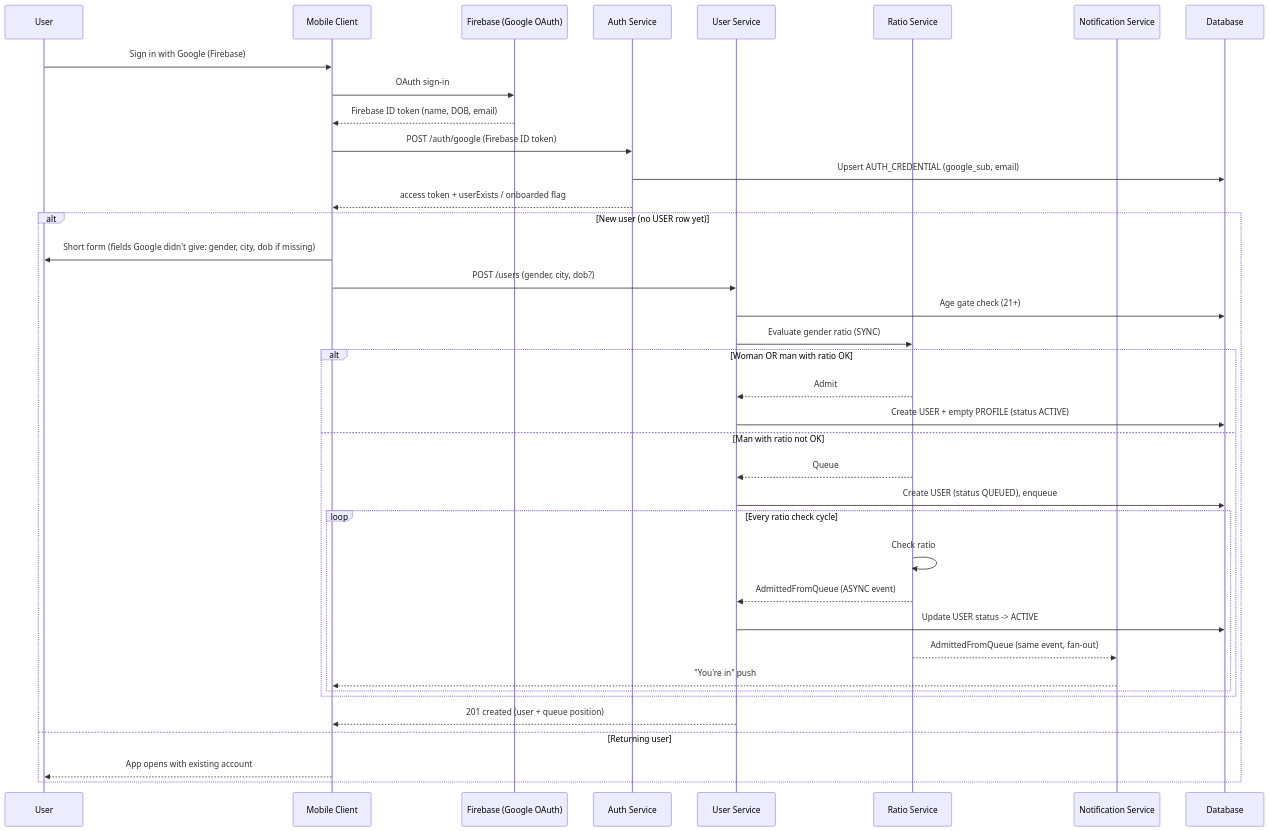
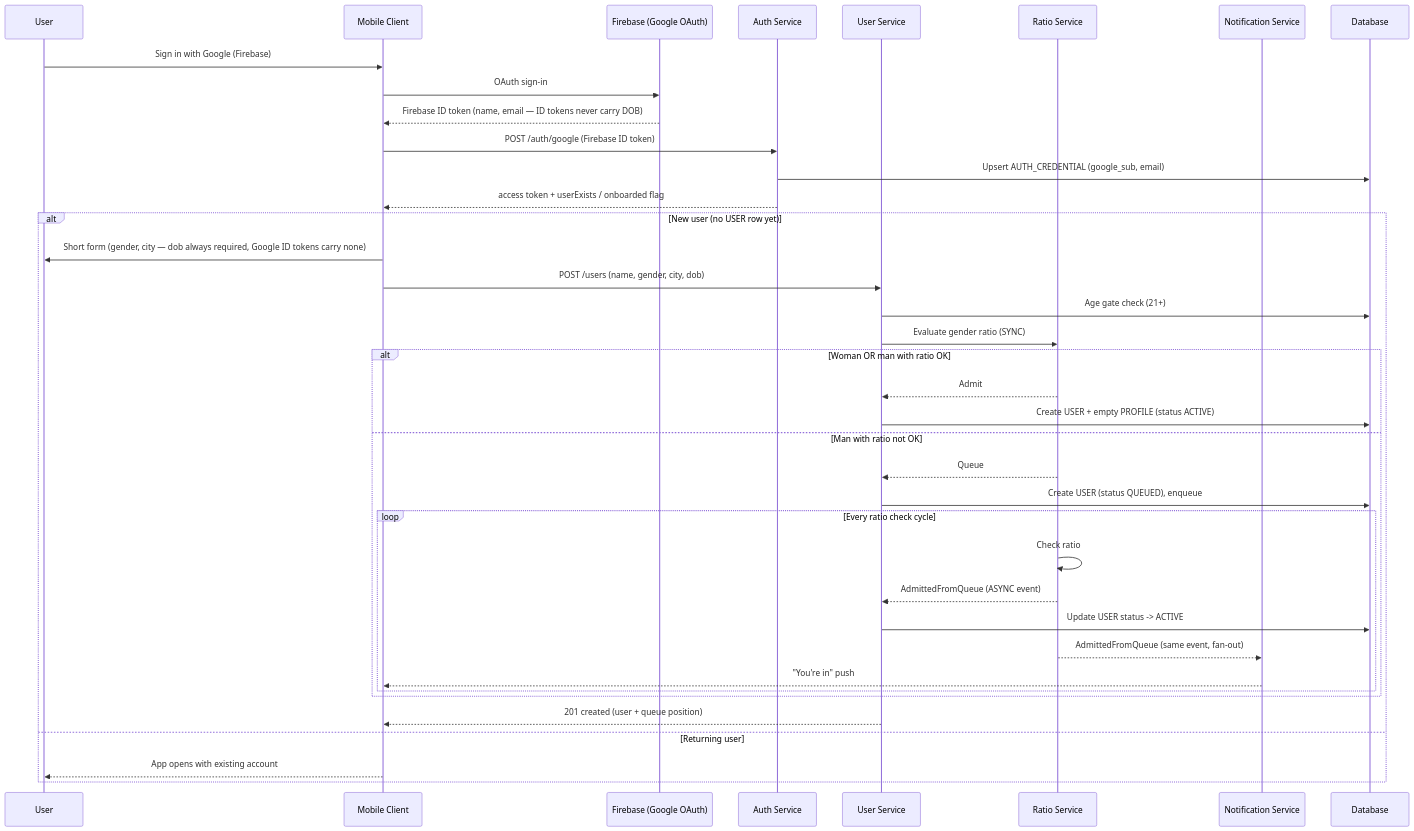
Before and after one commit to cheetah-org/fold-design: the diagram in core-flow/reg-flow.md, drawn with Mermaid. The commit also changed 8 other files, not shown here.

````diff
--- a/core-flow/reg-flow.md
+++ b/core-flow/reg-flow.md
@@ -1,42 +1,42 @@
 ```mermaid
 sequenceDiagram
     participant User as User
     participant Client as Mobile Client
     participant Firebase as Firebase (Google OAuth)
     participant Auth as Auth Service
     participant UserSvc as User Service
     participant Ratio as Ratio Service
     participant Notif as Notification Service
     participant DB as Database
 
     User ->> Client: Sign in with Google (Firebase)
     Client ->> Firebase: OAuth sign-in
-    Firebase -->> Client: Firebase ID token (name, DOB, email)
+    Firebase -->> Client: Firebase ID token (name, email — ID tokens never carry DOB)
     Client ->> Auth: POST /auth/google (Firebase ID token)
     Auth ->> DB: Upsert AUTH_CREDENTIAL (google_sub, email)
     Auth -->> Client: access token + userExists / onboarded flag
 
     alt New user (no USER row yet)
-        Client ->> User: Short form (fields Google didn't give: gender, city, dob if missing)
-        Client ->> UserSvc: POST /users (gender, city, dob?)
+        Client ->> User: Short form (gender, city — dob always required, Google ID tokens carry none)
+        Client ->> UserSvc: POST /users (name, gender, city, dob)
         UserSvc ->> DB: Age gate check (21+)
         UserSvc ->> Ratio: Evaluate gender ratio (SYNC)
         alt Woman OR man with ratio OK
             Ratio -->> UserSvc: Admit
             UserSvc ->> DB: Create USER + empty PROFILE (status ACTIVE)
         else Man with ratio not OK
             Ratio -->> UserSvc: Queue
             UserSvc ->> DB: Create USER (status QUEUED), enqueue
             loop Every ratio check cycle
                 Ratio ->> Ratio: Check ratio
                 Ratio -->> UserSvc: AdmittedFromQueue (ASYNC event)
                 UserSvc ->> DB: Update USER status -> ACTIVE
                 Ratio -->> Notif: AdmittedFromQueue (same event, fan-out)
                 Notif -->> Client: "You're in" push
             end
         end
         UserSvc -->> Client: 201 created (user + queue position)
     else Returning user
         Client -->> User: App opens with existing account
     end
 ```
````
